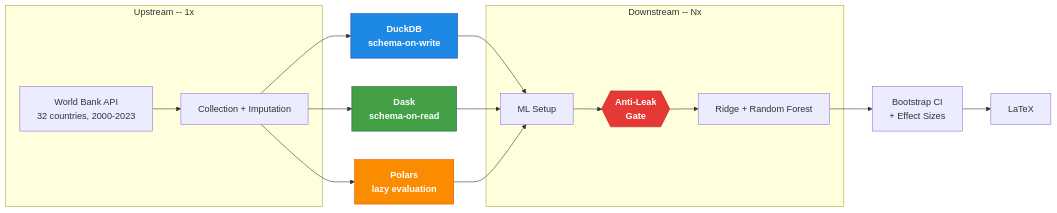
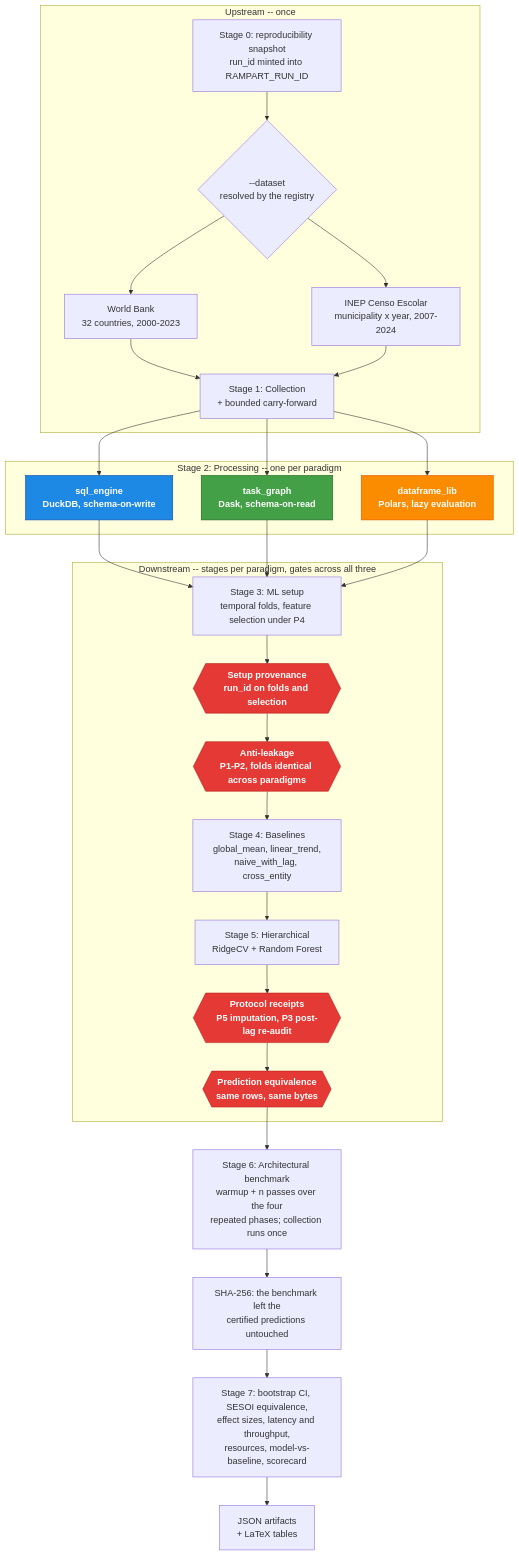
The diagram in README.md (DATA-UFMS/rampart-framework), drawn with Mermaid before and after one commit. The commit also changed other lines of this file and 12 other files, not shown here.

````diff
--- a/README.md
+++ b/README.md
@@ -70,26 +76,43 @@
 ```mermaid
-flowchart LR
-    subgraph U["Upstream -- 1x"]
-        A["World Bank API\n32 countries, 2000-2023"] --> B["Collection + Imputation"]
+flowchart TB
+    subgraph U["Upstream -- once"]
+        Z["Stage 0: reproducibility snapshot<br/>run_id minted into RAMPART_RUN_ID"]
+        DS{"--dataset<br/>resolved by the registry"}
+        WB["World Bank<br/>32 countries, 2000-2023"]
+        IN["INEP Censo Escolar<br/>municipality x year, 2007-2024"]
+        B["Stage 1: Collection<br/>+ bounded carry-forward"]
+        Z --> DS
+        DS --> WB & IN
+        WB & IN --> B
+    end
+
+    subgraph P["Stage 2: Processing -- one per paradigm"]
+        DW["sql_engine<br/>DuckDB, schema-on-write"]:::dw
+        DL["task_graph<br/>Dask, schema-on-read"]:::dl
+        PL["dataframe_lib<br/>Polars, lazy evaluation"]:::pl
+    end
+
+    subgraph D["Downstream -- stages per paradigm, gates across all three"]
+        S["Stage 3: ML setup<br/>temporal folds, feature selection under P4"]
+        G1{{"Setup provenance<br/>run_id on folds and selection"}}:::gate
+        G2{{"Anti-leakage<br/>P1-P2, folds identical across paradigms"}}:::gate
+        M4["Stage 4: Baselines<br/>global_mean, linear_trend,<br/>naive_with_lag, cross_entity"]
+        M5["Stage 5: Hierarchical<br/>RidgeCV + Random Forest"]
+        G3{{"Protocol receipts<br/>P5 imputation, P3 post-lag re-audit"}}:::gate
+        G4{{"Prediction equivalence<br/>same rows, same bytes"}}:::gate
+        S --> G1 --> G2 --> M4 --> M5 --> G3 --> G4
     end
 
     B --> DW & DL & PL
-
-    DW["DuckDB\nschema-on-write"]:::dw
-    DL["Dask\nschema-on-read"]:::dl
-    PL["Polars\nlazy evaluation"]:::pl
-
     DW & DL & PL --> S
 
-    subgraph D["Downstream -- Nx"]
-        S["ML Setup"] --> G{{"Anti-Leak\nGate"}}:::gate
-        G --> M["Ridge + Random Forest"]
-    end
-
-    M --> V["Bootstrap CI\n+ Effect Sizes"] --> T["LaTeX"]
+    G4 --> BM["Stage 6: Architectural benchmark<br/>warmup + n passes over the four<br/>repeated phases; collection runs once"]
+    BM --> DZ["SHA-256: the benchmark left the<br/>certified predictions untouched"]
+    DZ --> V["Stage 7: bootstrap CI, SESOI equivalence,<br/>effect sizes, latency and throughput,<br/>resources, model-vs-baseline, scorecard"]
+    V --> T["JSON artifacts<br/>+ LaTeX tables"]
 
     classDef dw fill:#1e88e5,stroke:#0d47a1,color:#fff,font-weight:bold
     classDef dl fill:#43a047,stroke:#1b5e20,color:#fff,font-weight:bold
     classDef pl fill:#fb8c00,stroke:#e65100,color:#fff,font-weight:bold
     classDef gate fill:#e53935,stroke:#b71c1c,color:#fff,font-weight:bold
 ```
````
